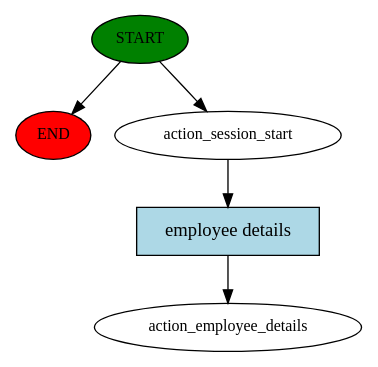
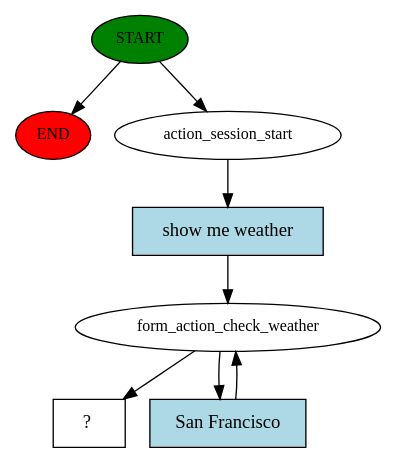
Before and after one commit to marvelousdev0/rasabot: the diagram in story_graph.dot, drawn with Graphviz. The commit also changed 7 other files, not shown here.

Commit message:
Weather action and form actions now return F

```diff
--- a/story_graph.dot
+++ b/story_graph.dot
@@ -1,11 +1,16 @@
 digraph  {
 0 [class="start active", fillcolor=green, fontsize=12, label=START, style=filled];
 "-1" [class=end, fillcolor=red, fontsize=12, label=END, style=filled];
 1 [class=active, fontsize=12, label=action_session_start];
-2 [class="dashed active", fontsize=12, label=action_employee_details];
-3 [class="intent active", fillcolor=lightblue, label="employee details", shape=rect, style=filled];
+2 [class=active, fontsize=12, label=form_action_check_weather];
+4 [class="intent dashed active", label="  ?  ", shape=rect];
+5 [class="intent active", fillcolor=lightblue, label="show me weather", shape=rect, style=filled];
+6 [class="intent active", fillcolor=lightblue, label="San Francisco", shape=rect, style=filled];
 0 -> "-1"  [class="", key=NONE, label=""];
 0 -> 1  [class=active, key=NONE, label=""];
-1 -> 3  [class=active, key=0];
-3 -> 2  [class=active, key=0];
+1 -> 5  [class=active, key=0];
+2 -> 4  [class=active, key=NONE, label=""];
+2 -> 6  [class=active, key=0];
+5 -> 2  [class=active, key=0];
+6 -> 2  [class=active, key=0];
 }
```
